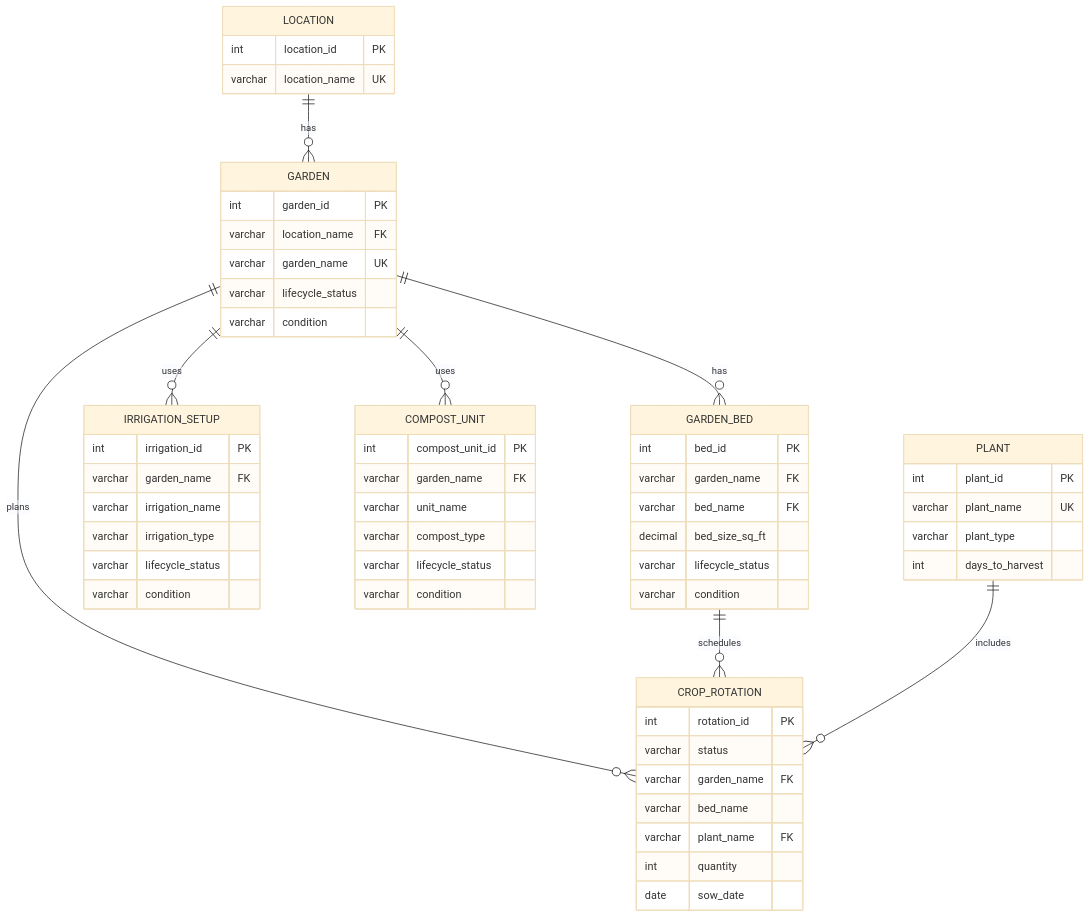
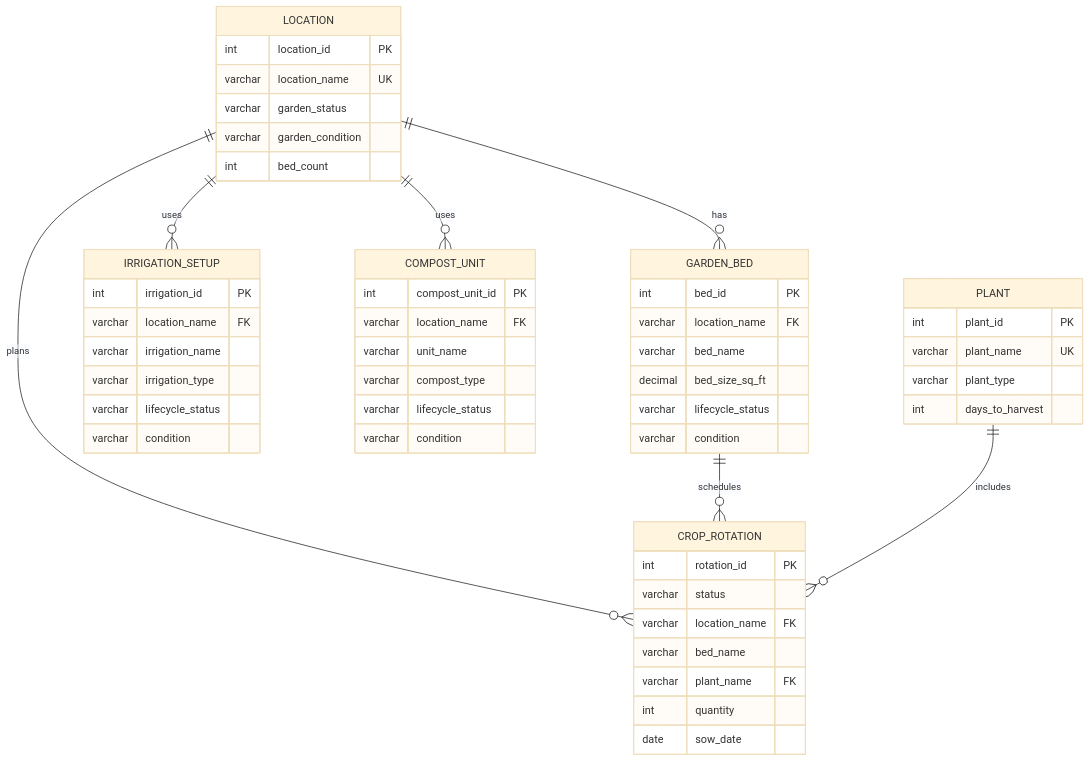
The second of 2 diagrams in README.md (CrisOrnelas99/Garden-Database), drawn with Mermaid (base theme) before and after one commit. The commit also changed other lines of this file and 3 other files, not shown here.

````diff
--- a/README.md
+++ b/README.md
@@ -108,67 +107,61 @@
 ```mermaid
 erDiagram
-    LOCATION ||--o{ GARDEN : has
-    GARDEN ||--o{ GARDEN_BED : has
-    GARDEN ||--o{ IRRIGATION_SETUP : uses
-    GARDEN ||--o{ COMPOST_UNIT : uses
-    GARDEN ||--o{ CROP_ROTATION : plans
+    LOCATION ||--o{ GARDEN_BED : has
+    LOCATION ||--o{ IRRIGATION_SETUP : uses
+    LOCATION ||--o{ COMPOST_UNIT : uses
+    LOCATION ||--o{ CROP_ROTATION : plans
     GARDEN_BED ||--o{ CROP_ROTATION : schedules
     PLANT ||--o{ CROP_ROTATION : includes
 
     LOCATION {
         int location_id PK
         varchar location_name UK
-    }
-
-    GARDEN {
-        int garden_id PK
-        varchar location_name FK
-        varchar garden_name UK
-        varchar lifecycle_status
-        varchar condition
+        varchar garden_status
+        varchar garden_condition
+        int bed_count
     }
 
     GARDEN_BED {
         int bed_id PK
-        varchar garden_name FK
-        varchar bed_name FK
+        varchar location_name FK
+        varchar bed_name
         decimal bed_size_sq_ft
         varchar lifecycle_status
         varchar condition
     }
 
     IRRIGATION_SETUP {
         int irrigation_id PK
-        varchar garden_name FK
+        varchar location_name FK
         varchar irrigation_name
         varchar irrigation_type
         varchar lifecycle_status
         varchar condition
     }
 
     COMPOST_UNIT {
         int compost_unit_id PK
-        varchar garden_name FK
+        varchar location_name FK
         varchar unit_name
         varchar compost_type
         varchar lifecycle_status
         varchar condition
     }
 
     PLANT {
         int plant_id PK
         varchar plant_name UK
         varchar plant_type
         int days_to_harvest
     }
 
     CROP_ROTATION {
         int rotation_id PK
         varchar status
-        varchar garden_name FK
+        varchar location_name FK
         varchar bed_name
         varchar plant_name FK
         int quantity
         date sow_date
     }
 ```
````
